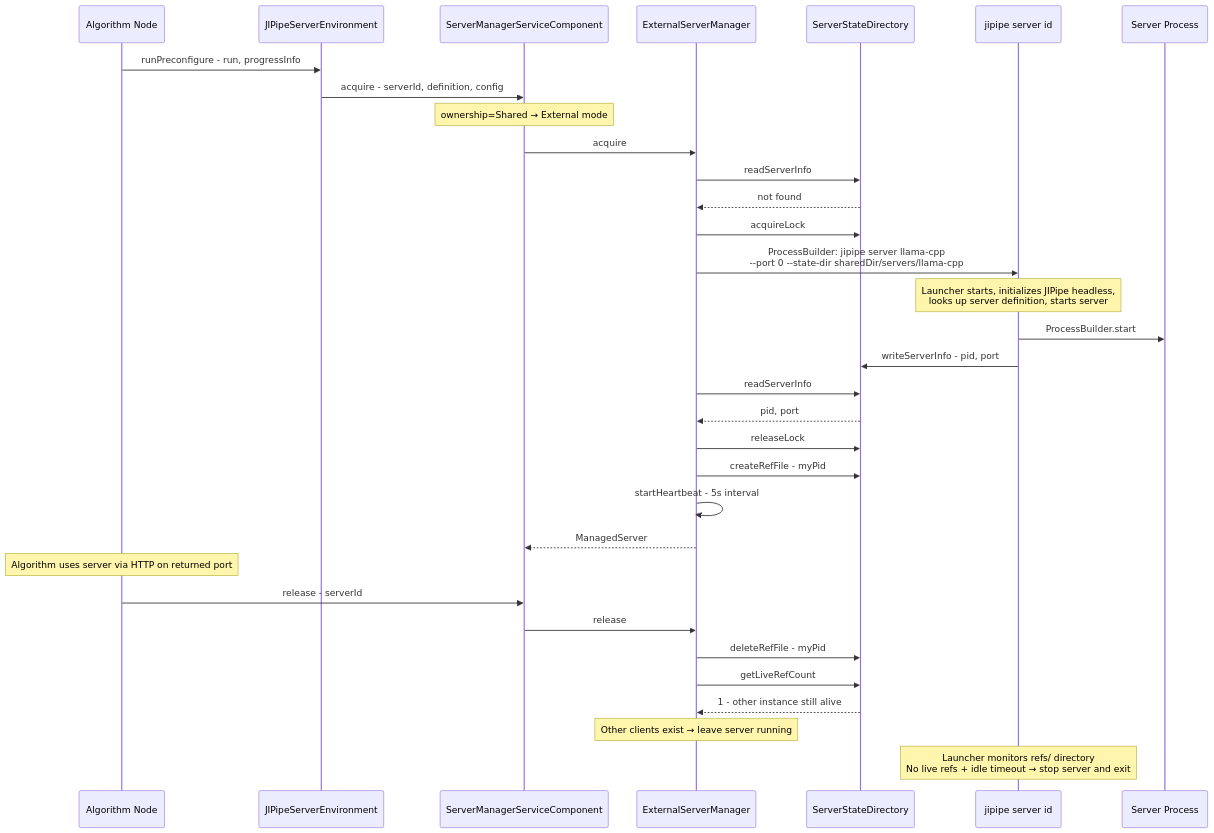
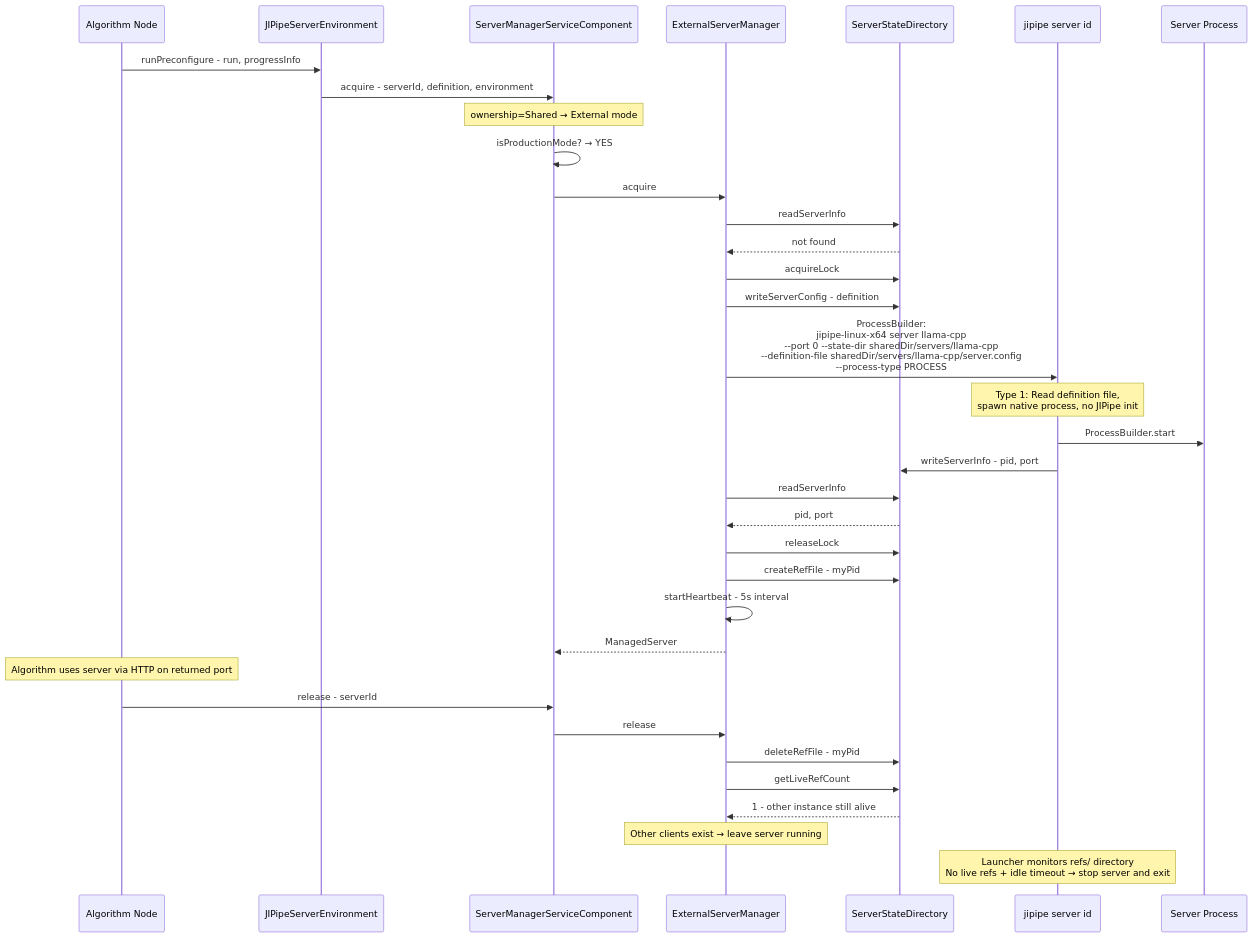
One commit to applied-systems-biology/jipipe changed the sixth of 12 diagrams in docs/plan-external-server-processes.md. Above: the diagram before and after it, drawn with Mermaid. The commit also changed other lines of this file, not shown here.

Commit message:
External server processes implementation plan

````diff
--- a/docs/plan-external-server-processes.md
+++ b/docs/plan-external-server-processes.md
@@ -1023,40 +1417,42 @@
 ```mermaid
 sequenceDiagram
     participant Node as Algorithm Node
     participant Env as JIPipeServerEnvironment
     participant SC as ServerManagerServiceComponent
     participant EXM as ExternalServerManager
     participant SSD as ServerStateDirectory
     participant Launcher as jipipe server id
     participant Srv as Server Process
 
     Node->>Env: runPreconfigure - run, progressInfo
-    Env->>SC: acquire - serverId, definition, config
+    Env->>SC: acquire - serverId, definition, environment
     Note over SC: ownership=Shared → External mode
+    SC->>SC: isProductionMode? → YES
     SC->>EXM: acquire
     EXM->>SSD: readServerInfo
     SSD-->>EXM: not found
 
     EXM->>SSD: acquireLock
-    EXM->>Launcher: ProcessBuilder: jipipe server llama-cpp<br/>--port 0 --state-dir sharedDir/servers/llama-cpp
-    Note over Launcher: Launcher starts, initializes JIPipe headless,<br/>looks up server definition, starts server
+    EXM->>SSD: writeServerConfig - definition
+    EXM->>Launcher: ProcessBuilder:<br/>jipipe-linux-x64 server llama-cpp<br/>--port 0 --state-dir sharedDir/servers/llama-cpp<br/>--definition-file sharedDir/servers/llama-cpp/server.config<br/>--process-type PROCESS
+    Note over Launcher: Type 1: Read definition file,<br/>spawn native process, no JIPipe init
     Launcher->>Srv: ProcessBuilder.start
     Launcher->>SSD: writeServerInfo - pid, port
     EXM->>SSD: readServerInfo
     SSD-->>EXM: pid, port
     EXM->>SSD: releaseLock
     EXM->>SSD: createRefFile - myPid
     EXM->>EXM: startHeartbeat - 5s interval
     EXM-->>SC: ManagedServer
 
     Note over Node: Algorithm uses server via HTTP on returned port
 
     Node->>SC: release - serverId
     SC->>EXM: release
     EXM->>SSD: deleteRefFile - myPid
     EXM->>SSD: getLiveRefCount
     SSD-->>EXM: 1 - other instance still alive
     Note over EXM: Other clients exist → leave server running
 
     Note over Launcher: Launcher monitors refs/ directory<br/>No live refs + idle timeout → stop server and exit
 ```
````
